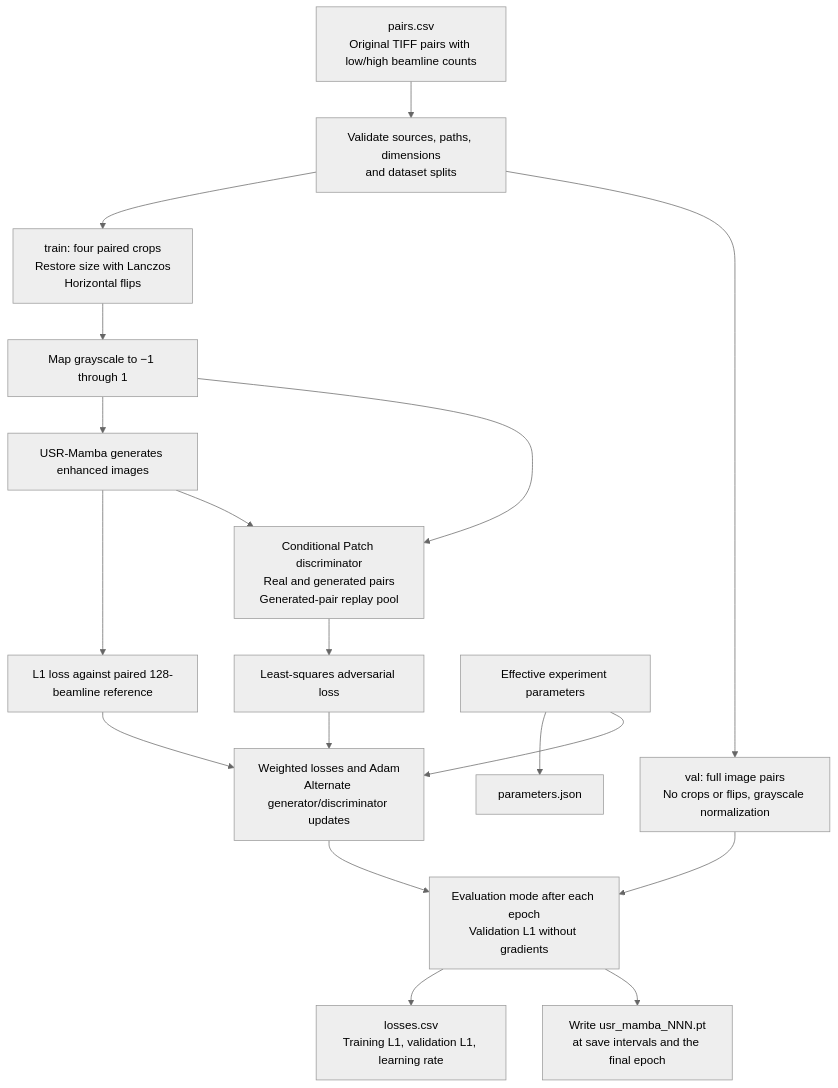
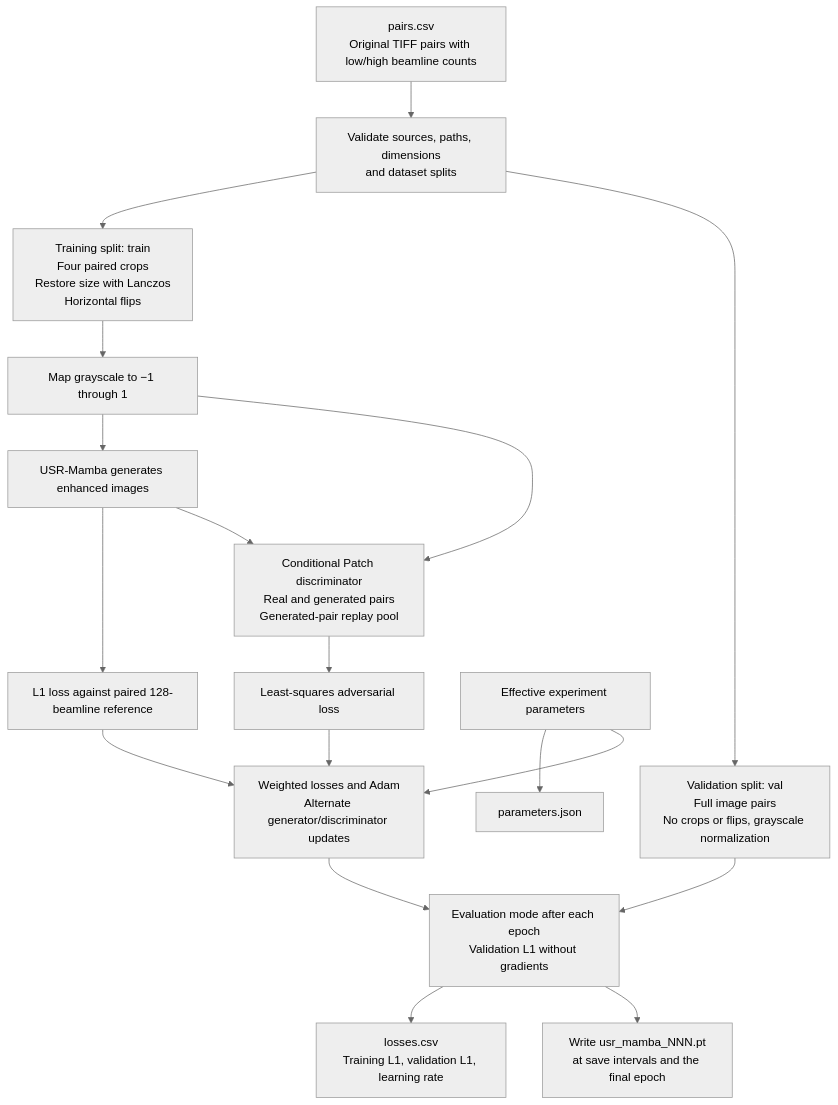
Before and after one commit to LumaVistaLab/hevc-ksvd-mamba-for-ultrasound: the fifth of 7 diagrams in README.md, drawn with Mermaid (neutral theme). The commit also changed other lines of this file and 3 other files, not shown here.

````diff
--- a/README.md
+++ b/README.md
@@ -450,20 +458,20 @@
 ```mermaid
 flowchart TD
     Manifest["pairs.csv<br/>Original TIFF pairs with low/high beamline counts"] --> Check["Validate sources, paths, dimensions<br/>and dataset splits"]
-    Check --> Train["train: four paired crops<br/>Restore size with Lanczos<br/>Horizontal flips"]
+    Check --> Train["Training split: train<br/>Four paired crops<br/>Restore size with Lanczos<br/>Horizontal flips"]
     Train --> Normalize["Map grayscale to −1 through 1"]
     Normalize --> Generator["USR-Mamba generates enhanced images"]
     Generator --> L1["L1 loss against paired 128-beamline reference"]
     Normalize --> Discriminator["Conditional Patch discriminator<br/>Real and generated pairs<br/>Generated-pair replay pool"]
     Generator --> Discriminator
     Discriminator --> Adversarial["Least-squares adversarial loss"]
     L1 --> Update["Weighted losses and Adam<br/>Alternate generator/discriminator updates"]
     Adversarial --> Update
-    Check --> Validation["val: full image pairs<br/>No crops or flips, grayscale normalization"]
+    Check --> Validation["Validation split: val<br/>Full image pairs<br/>No crops or flips, grayscale normalization"]
     Update --> Validate["Evaluation mode after each epoch<br/>Validation L1 without gradients"]
     Validation --> Validate
     Validate --> Logs["losses.csv<br/>Training L1, validation L1, learning rate"]
     Validate --> Save["Write usr_mamba_NNN.pt<br/>at save intervals and the final epoch"]
     Parameters["Effective experiment parameters"] --> Config["parameters.json"]
     Parameters --> Update
 ```
````
